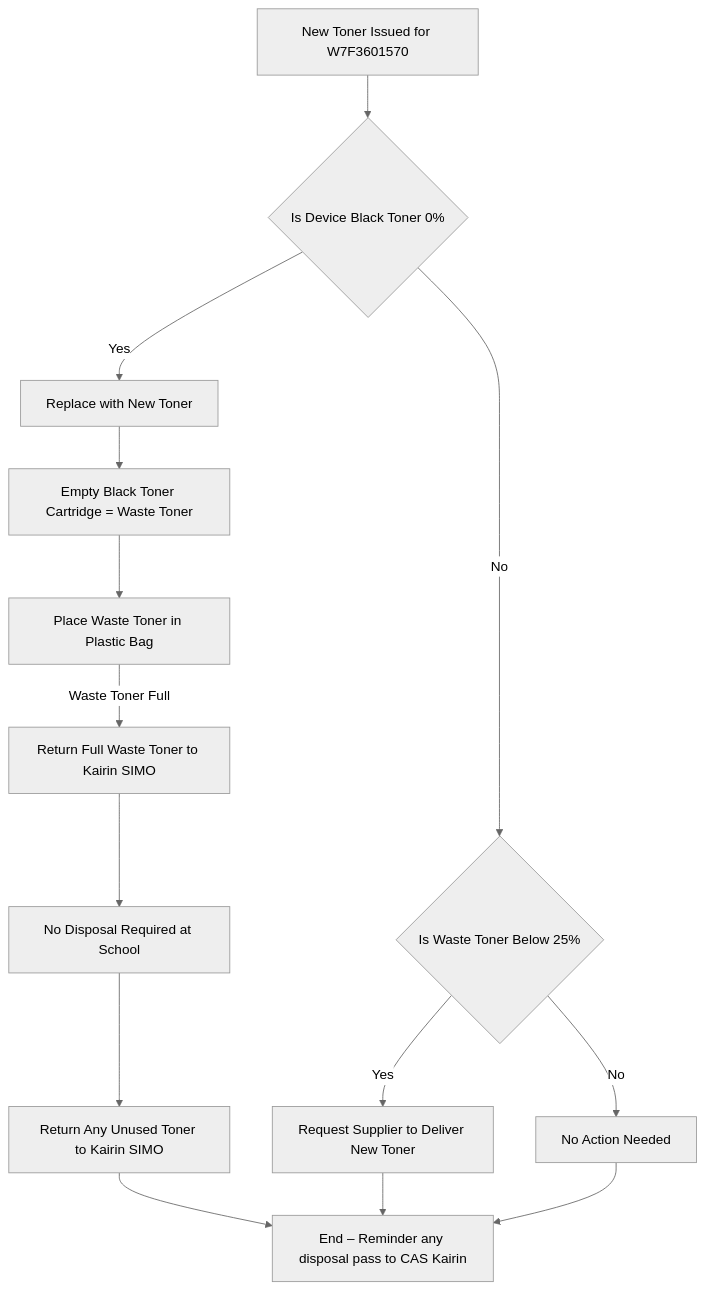
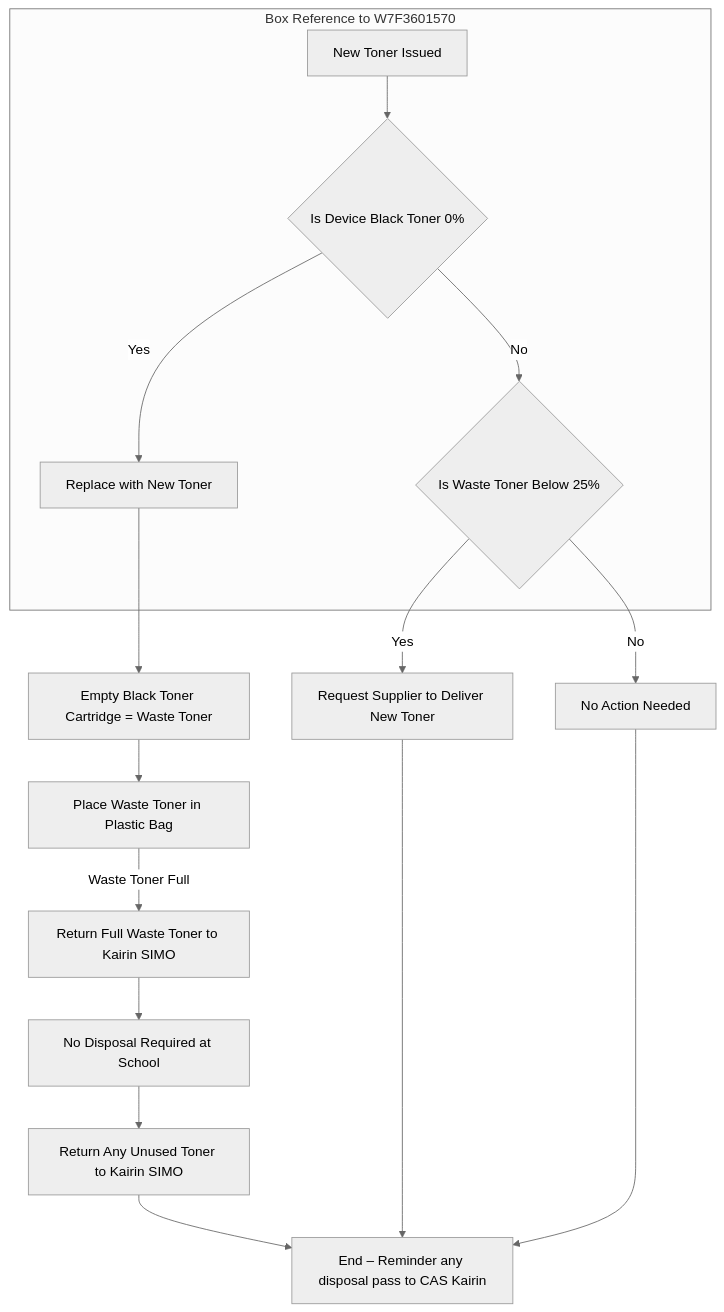
One commit to kairin/mermaid changed the diagram in CAS/Kyocera/disposal.md. Above: the diagram before and after it, drawn with Mermaid (neutral theme).

````diff
--- a/CAS/Kyocera/disposal.md
+++ b/CAS/Kyocera/disposal.md
@@ -1,16 +1,18 @@
 ```mermaid
 graph TD
-    A[New Toner Issued for W7F3601570] --> B{Is Device Black Toner 0%}
+subgraph Box Reference to W7F3601570
+    A[New Toner Issued] --> B{Is Device Black Toner 0%}
     B -- Yes --> C[Replace with New Toner]
     B -- No --> L{Is Waste Toner Below 25%}
+end
     C --> D[Empty Black Toner Cartridge = Waste Toner]
     D --> E[Place Waste Toner in Plastic Bag]
     E -- Waste Toner Full --> G[Return Full Waste Toner to Kairin SIMO]
     G --> H[No Disposal Required at School]
     H --> I[Return Any Unused Toner to Kairin SIMO]
     L -- Yes --> M[Request Supplier to Deliver New Toner]
     L -- No --> J[No Action Needed]
     J --> K[End – Reminder any disposal pass to CAS Kairin]
     I --> K
     M --> K
 ```
````
